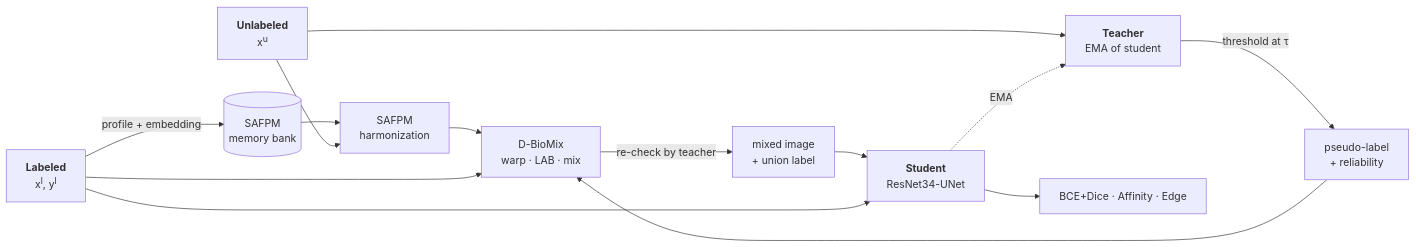
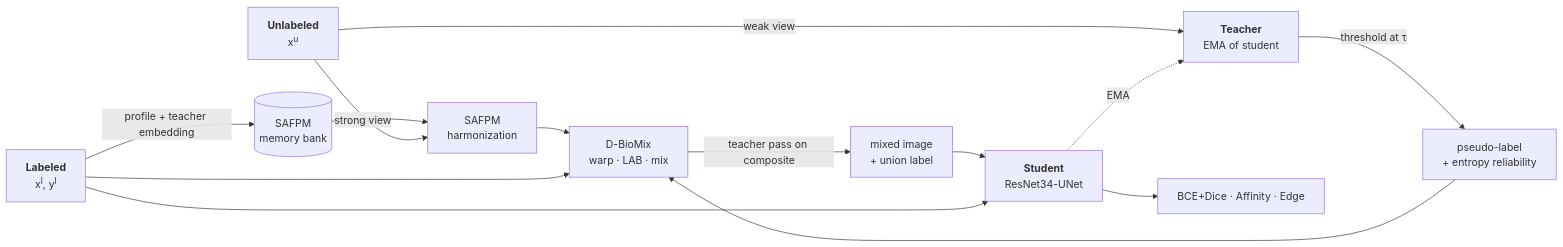
Before and after one commit to Ngoc-LM/SSL4PolypSeg: the diagram in README.md, drawn with Mermaid. The commit also changed other lines of this file and 1 other file, not shown here.

````diff
--- a/README.md
+++ b/README.md
@@ -36,21 +34,21 @@
 ```mermaid
 flowchart LR
     L["<b>Labeled</b><br/>x<sup>l</sup>, y<sup>l</sup>"]
     U["<b>Unlabeled</b><br/>x<sup>u</sup>"]
 
-    L -->|"profile + embedding"| BANK[("SAFPM<br/>memory bank")]
-    U --> T["<b>Teacher</b><br/>EMA of student"]
-    T -->|"threshold at τ"| PL["pseudo-label<br/>+ reliability"]
+    L -->|"profile + teacher embedding"| BANK[("SAFPM<br/>memory bank")]
+    U -->|"weak view"| T["<b>Teacher</b><br/>EMA of student"]
+    T -->|"threshold at τ"| PL["pseudo-label<br/>+ entropy reliability"]
 
     BANK --> SAFPM["SAFPM<br/>harmonization"]
-    U --> SAFPM
+    U -->|"strong view"| SAFPM
     SAFPM --> MIX["D-BioMix<br/>warp · LAB · mix"]
     L --> MIX
     PL --> MIX
-    MIX -->|"re-check by teacher"| XY["mixed image<br/>+ union label"]
+    MIX -->|"teacher pass on composite"| XY["mixed image<br/>+ union label"]
 
     XY --> S["<b>Student</b><br/>ResNet34-UNet"]
     L --> S
     S --> LOSS["BCE+Dice · Affinity · Edge"]
     S -.->|"EMA"| T
 ```
````
